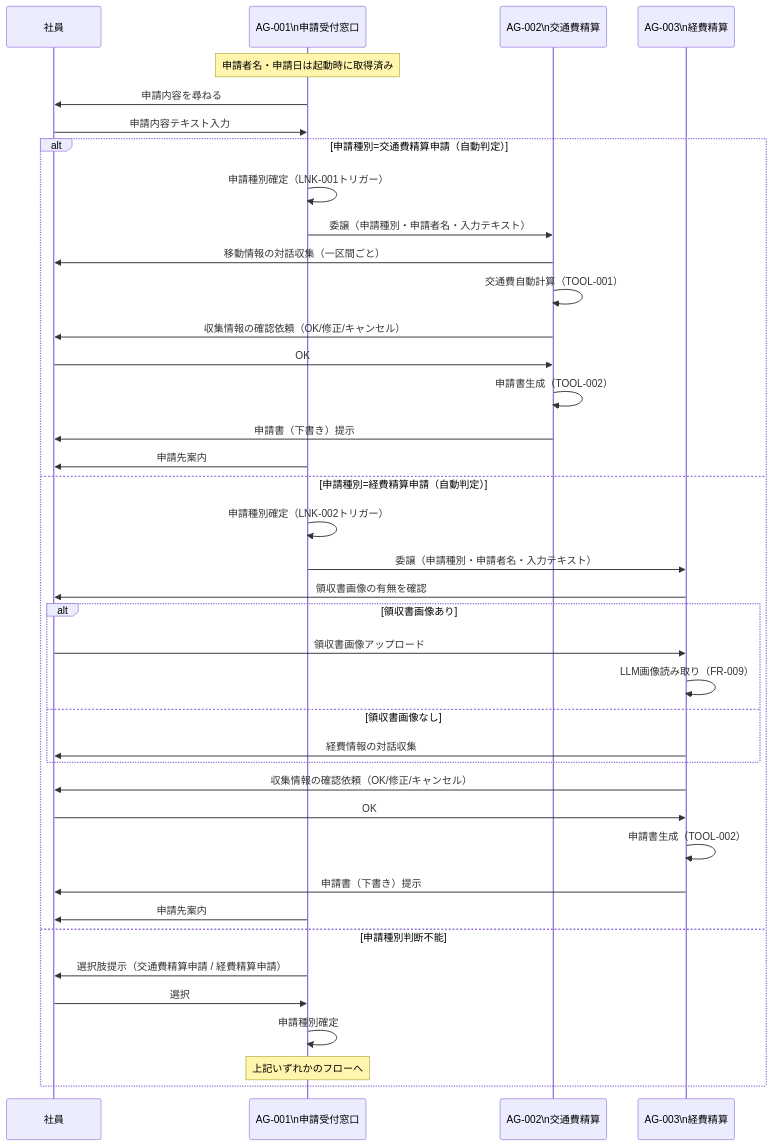
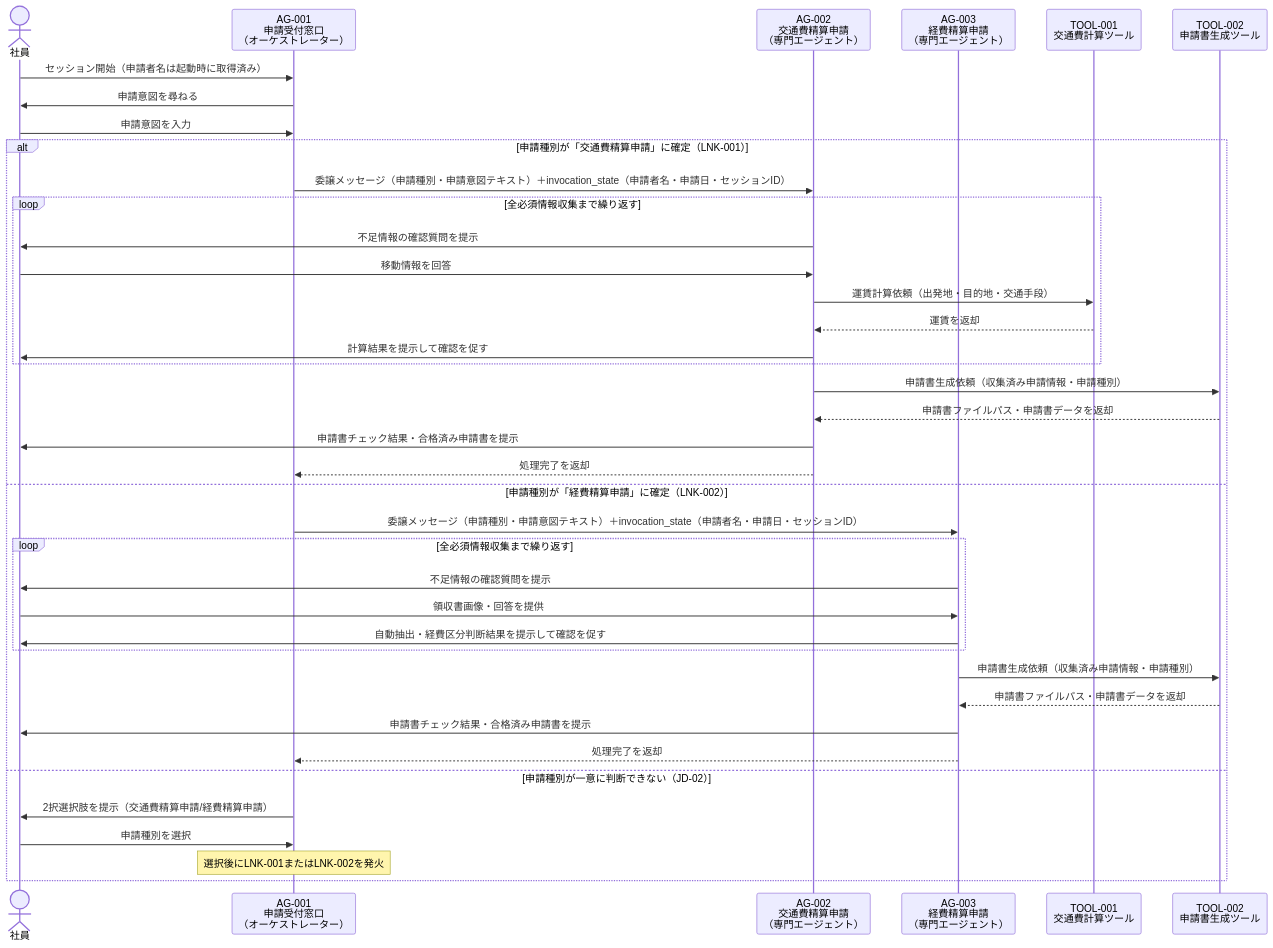
Before and after one commit to horii003/AIAgentBookCC: the diagram in artifacts/03_system-design/outputs/マルチエージェント連携設計.md, drawn with Mermaid. The commit also changed other lines of this file and 153 other files, not shown here.

````diff
--- a/artifacts/03_system-design/outputs/マルチエージェント連携設計.md
+++ b/artifacts/03_system-design/outputs/マルチエージェント連携設計.md
@@ -310,43 +326,43 @@
 ```mermaid
 sequenceDiagram
-    participant 社員
-    participant AG001 as AG-001\n申請受付窓口
-    participant AG002 as AG-002\n交通費精算
-    participant AG003 as AG-003\n経費精算
+    actor User as 社員
+    participant AG001 as AG-001<br/>申請受付窓口<br/>（オーケストレーター）
+    participant AG002 as AG-002<br/>交通費精算申請<br/>（専門エージェント）
+    participant AG003 as AG-003<br/>経費精算申請<br/>（専門エージェント）
+    participant TOOL001 as TOOL-001<br/>交通費計算ツール
+    participant TOOL002 as TOOL-002<br/>申請書生成ツール
 
-    Note over AG001: 申請者名・申請日は起動時に取得済み
-    AG001->>社員: 申請内容を尋ねる
-    社員->>AG001: 申請内容テキスト入力
+    User->>AG001: セッション開始（申請者名は起動時に取得済み）
+    AG001->>User: 申請意図を尋ねる
+    User->>AG001: 申請意図を入力
 
-    alt 申請種別=交通費精算申請（自動判定）
-        AG001->>AG001: 申請種別確定（LNK-001トリガー）
-        AG001->>AG002: 委譲（申請種別・申請者名・入力テキスト）
-        AG002->>社員: 移動情報の対話収集（一区間ごと）
-        AG002->>AG002: 交通費自動計算（TOOL-001）
-        AG002->>社員: 収集情報の確認依頼（OK/修正/キャンセル）
-        社員->>AG002: OK
-        AG002->>AG002: 申請書生成（TOOL-002）
-        AG002->>社員: 申請書（下書き）提示
-        AG001->>社員: 申請先案内
-    else 申請種別=経費精算申請（自動判定）
-        AG001->>AG001: 申請種別確定（LNK-002トリガー）
-        AG001->>AG003: 委譲（申請種別・申請者名・入力テキスト）
-        AG003->>社員: 領収書画像の有無を確認
-        alt 領収書画像あり
-            社員->>AG003: 領収書画像アップロード
-            AG003->>AG003: LLM画像読み取り（FR-009）
-        else 領収書画像なし
-            AG003->>社員: 経費情報の対話収集
+    alt 申請種別が「交通費精算申請」に確定（LNK-001）
+        AG001->>AG002: 委譲メッセージ（申請種別・申請意図テキスト）＋invocation_state（申請者名・申請日・セッションID）
+        loop 全必須情報収集まで繰り返す
+            AG002->>User: 不足情報の確認質問を提示
+            User->>AG002: 移動情報を回答
+            AG002->>TOOL001: 運賃計算依頼（出発地・目的地・交通手段）
+            TOOL001-->>AG002: 運賃を返却
+            AG002->>User: 計算結果を提示して確認を促す
         end
-        AG003->>社員: 収集情報の確認依頼（OK/修正/キャンセル）
-        社員->>AG003: OK
-        AG003->>AG003: 申請書生成（TOOL-002）
-        AG003->>社員: 申請書（下書き）提示
-        AG001->>社員: 申請先案内
-    else 申請種別判断不能
-        AG001->>社員: 選択肢提示（交通費精算申請 / 経費精算申請）
-        社員->>AG001: 選択
-        AG001->>AG001: 申請種別確定
-        note over AG001: 上記いずれかのフローへ
+        AG002->>TOOL002: 申請書生成依頼（収集済み申請情報・申請種別）
+        TOOL002-->>AG002: 申請書ファイルパス・申請書データを返却
+        AG002->>User: 申請書チェック結果・合格済み申請書を提示
+        AG002-->>AG001: 処理完了を返却
+    else 申請種別が「経費精算申請」に確定（LNK-002）
+        AG001->>AG003: 委譲メッセージ（申請種別・申請意図テキスト）＋invocation_state（申請者名・申請日・セッションID）
+        loop 全必須情報収集まで繰り返す
+            AG003->>User: 不足情報の確認質問を提示
+            User->>AG003: 領収書画像・回答を提供
+            AG003->>User: 自動抽出・経費区分判断結果を提示して確認を促す
+        end
+        AG003->>TOOL002: 申請書生成依頼（収集済み申請情報・申請種別）
+        TOOL002-->>AG003: 申請書ファイルパス・申請書データを返却
+        AG003->>User: 申請書チェック結果・合格済み申請書を提示
+        AG003-->>AG001: 処理完了を返却
+    else 申請種別が一意に判断できない（JD-02）
+        AG001->>User: 2択選択肢を提示（交通費精算申請/経費精算申請）
+        User->>AG001: 申請種別を選択
+        Note over AG001: 選択後にLNK-001またはLNK-002を発火
     end
 ```
````
